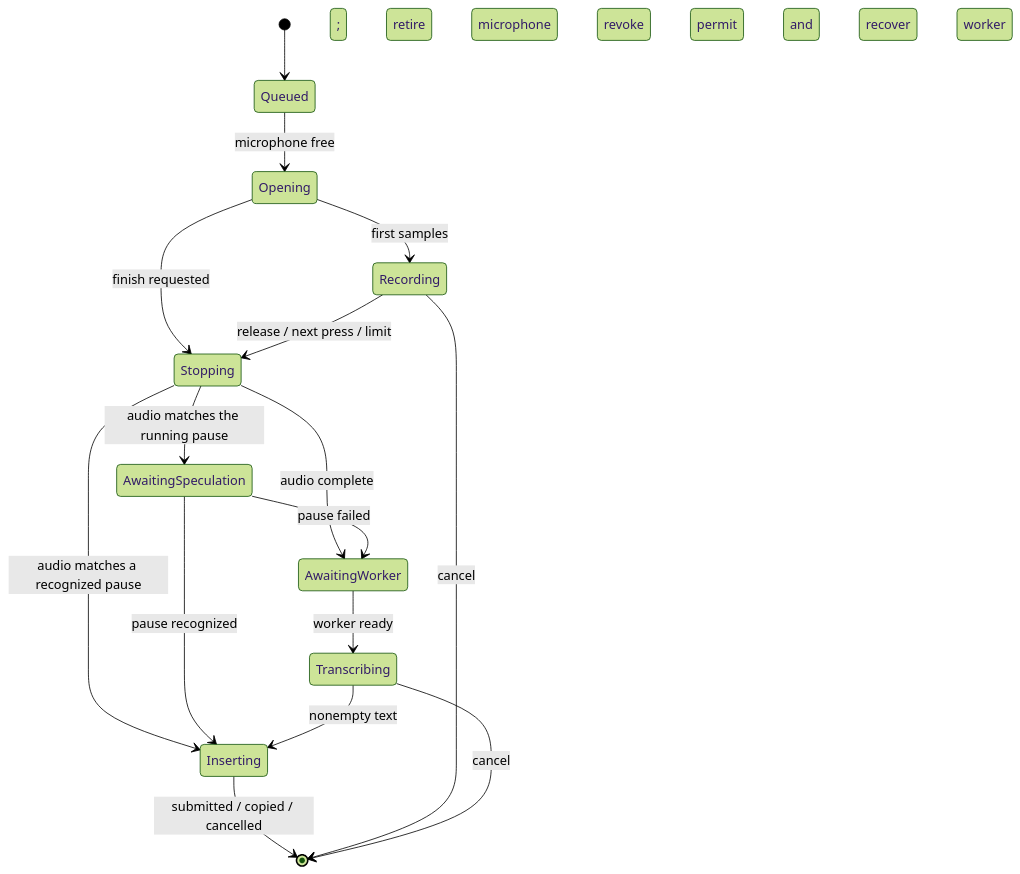
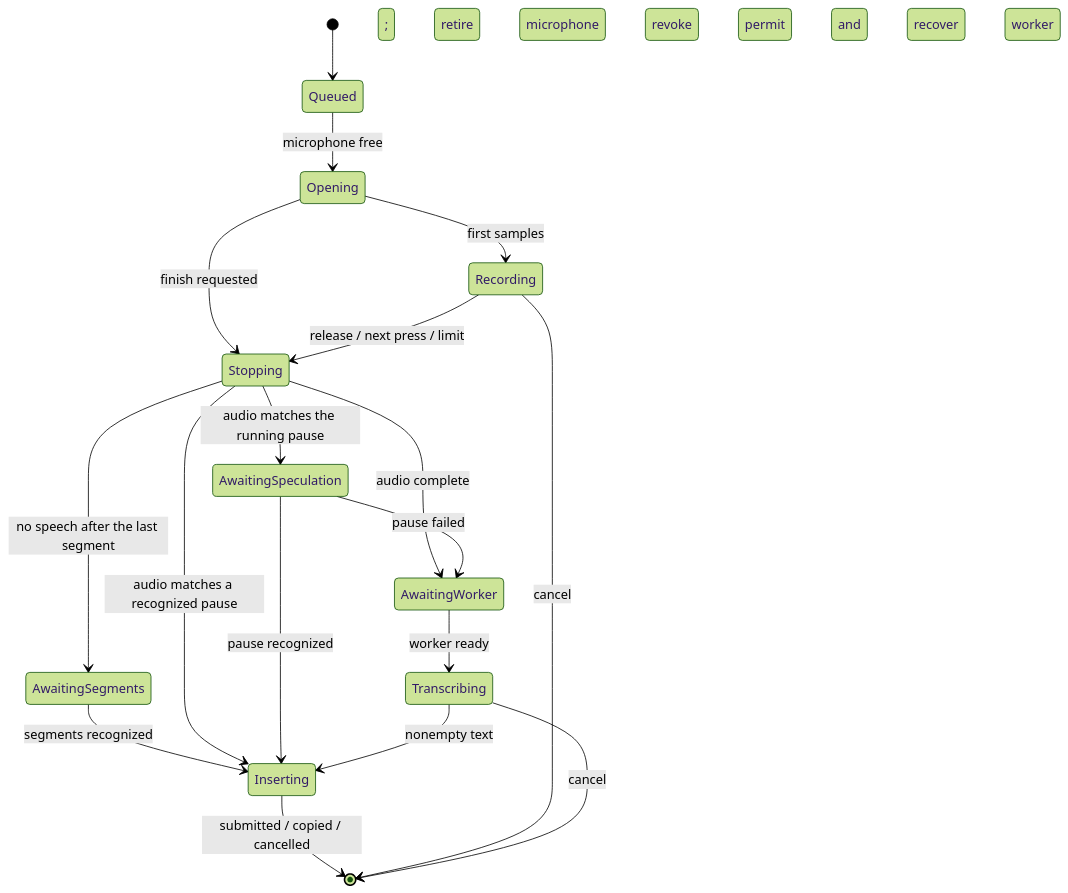
Before and after one commit to KrishRVH/speakeasy: the second of 2 diagrams in docs/architecture.md, drawn with Mermaid (forest theme). The commit also changed other lines of this file and 9 other files, not shown here.

````diff
--- a/docs/architecture.md
+++ b/docs/architecture.md
@@ -95,18 +95,20 @@
 ```mermaid
 stateDiagram-v2
     [*] --> Queued
     Queued --> Opening: microphone free
     Opening --> Recording: first samples
     Opening --> Stopping: finish requested
     Recording --> Stopping: release / next press / limit
     Stopping --> AwaitingWorker: audio complete; retire microphone
+    Stopping --> AwaitingSegments: no speech after the last segment
+    AwaitingSegments --> Inserting: segments recognized
     Stopping --> Inserting: audio matches a recognized pause
     Stopping --> AwaitingSpeculation: audio matches the running pause
     AwaitingSpeculation --> Inserting: pause recognized
     AwaitingSpeculation --> AwaitingWorker: pause failed
     AwaitingWorker --> Transcribing: worker ready
     Transcribing --> Inserting: nonempty text
     Inserting --> [*]: submitted / copied / cancelled
     Recording --> [*]: cancel; revoke permit and retire
     Transcribing --> [*]: cancel; revoke permit and recover worker
 ```
````
